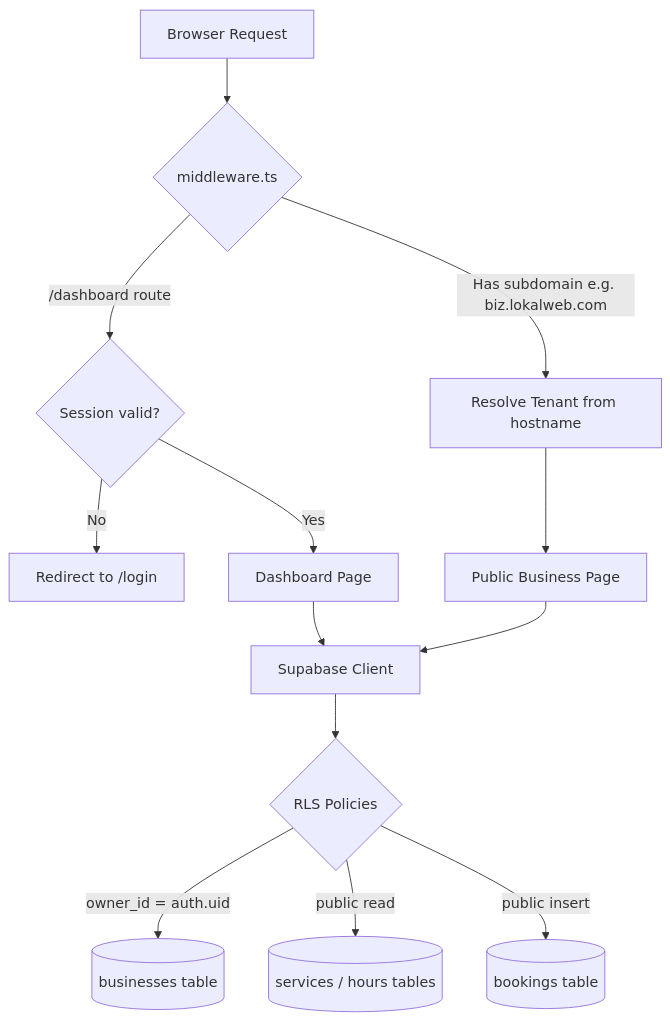
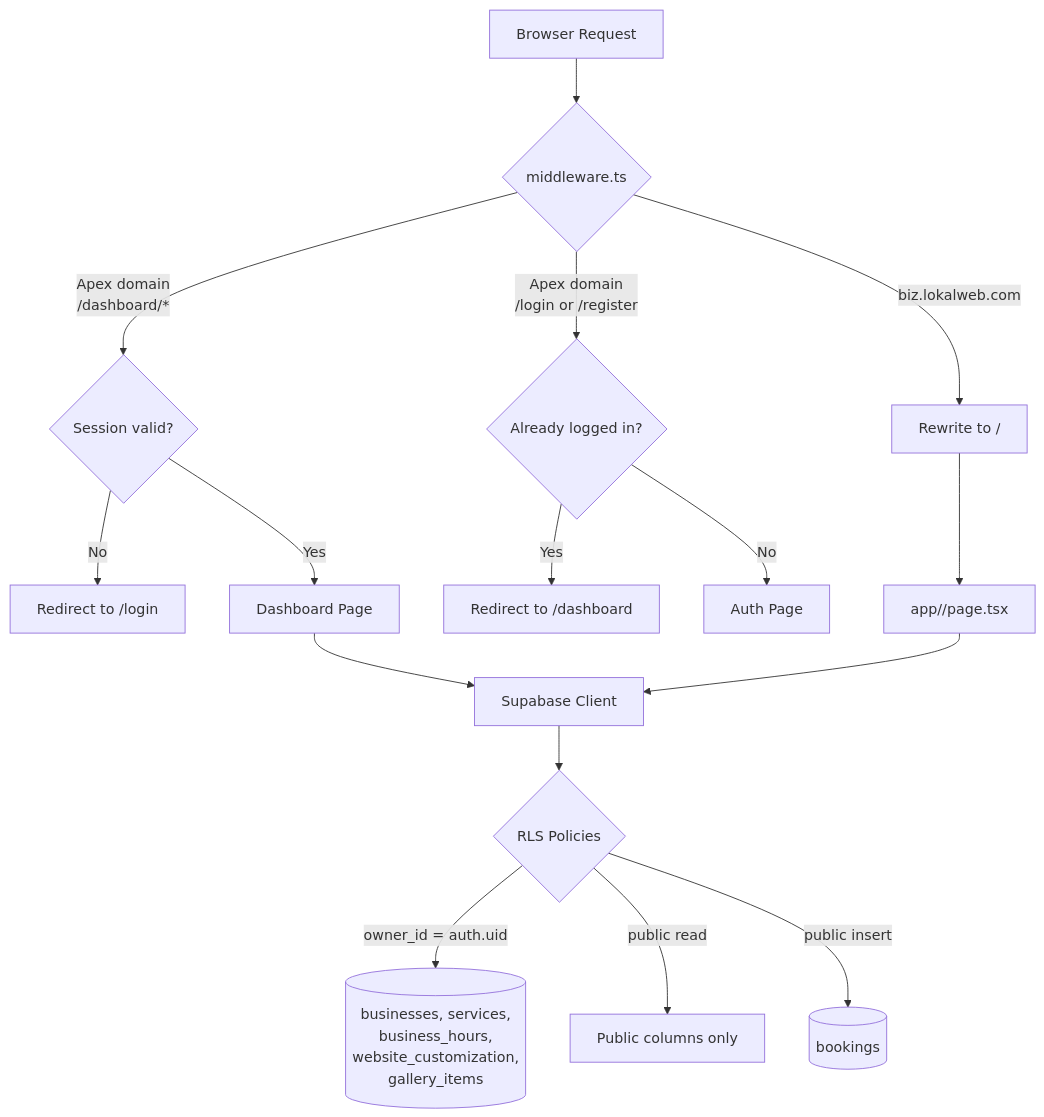
One commit to VocaDev/Lokal_Web changed the diagram in docs/architecture.md. Above: the diagram before and after it, drawn with Mermaid. The commit also changed other lines of this file and 3 other files, not shown here.

````diff
--- a/docs/architecture.md
+++ b/docs/architecture.md
@@ -9,15 +17,18 @@
 ```mermaid
 flowchart TD
     A[Browser Request] --> B{middleware.ts}
-    B -->|Has subdomain e.g. biz.lokalweb.com| C[Resolve Tenant from hostname]
-    B -->|/dashboard route| D{Session valid?}
+    B -->|Apex domain<br/>/dashboard/*| D{Session valid?}
     D -->|No| E[Redirect to /login]
     D -->|Yes| F[Dashboard Page]
-    C --> G[Public Business Page]
-    F --> H[Supabase Client]
-    G --> H
-    H --> I{RLS Policies}
-    I -->|owner_id = auth.uid| J[(businesses table)]
-    I -->|public read| K[(services / hours tables)]
-    I -->|public insert| L[(bookings table)]
+    B -->|Apex domain<br/>/login or /register| G{Already logged in?}
+    G -->|Yes| H[Redirect to /dashboard]
+    G -->|No| I[Auth Page]
+    B -->|biz.lokalweb.com| J[Rewrite to /<subdomain>]
+    J --> K[app/<subdomain>/page.tsx]
+    F --> L[Supabase Client]
+    K --> L
+    L --> M{RLS Policies}
+    M -->|owner_id = auth.uid| N[(businesses, services,<br/>business_hours,<br/>website_customization,<br/>gallery_items)]
+    M -->|public read| O[Public columns only]
+    M -->|public insert| P[(bookings)]
 ```
````
